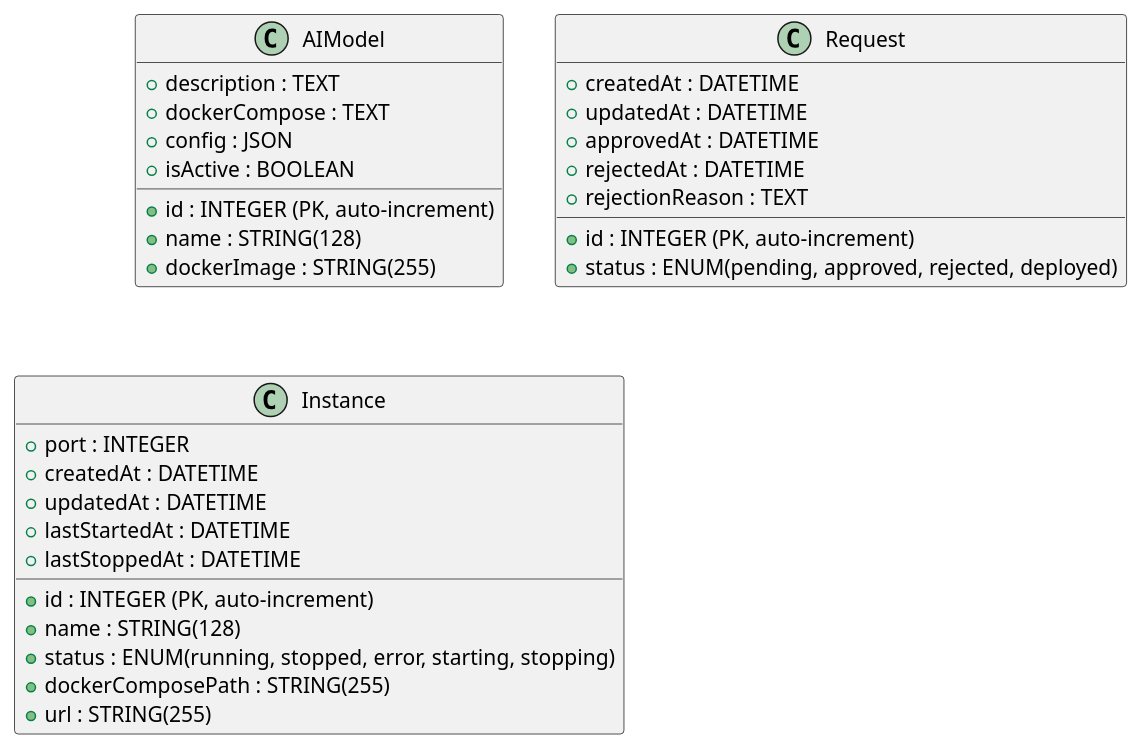
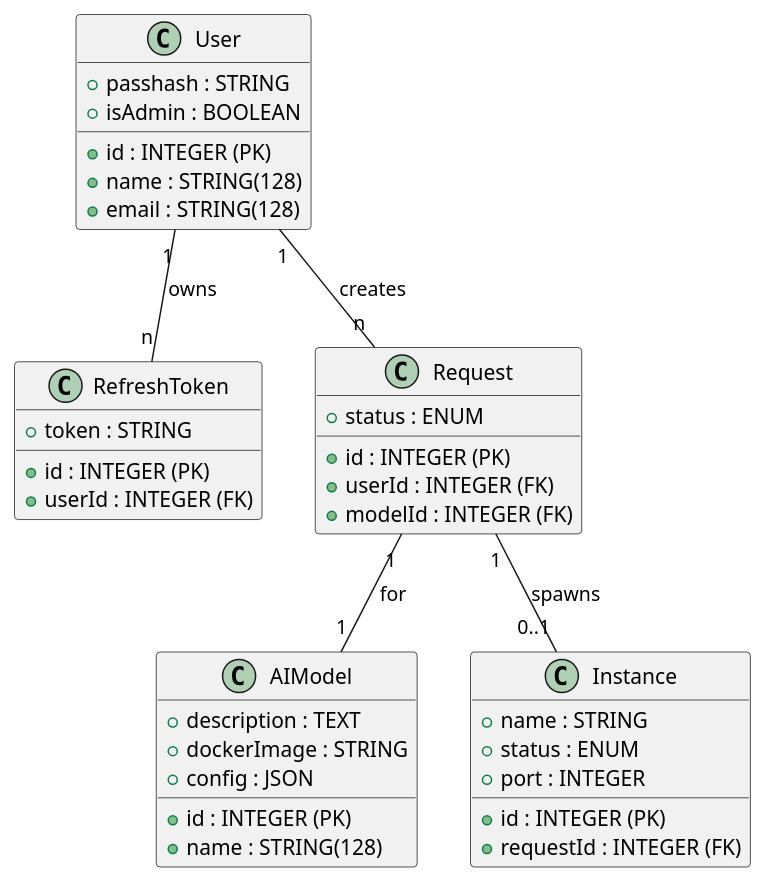
The second of 2 diagrams in README.md (latifie/projet-wmmrsarc), drawn with PlantUML before and after one commit. The commit also changed other lines of this file and 4 other files, not shown here.

````diff
--- a/README.md
+++ b/README.md
@@ -398,34 +448,45 @@
 ```plantuml
+@startuml
+class User {
+  +id : INTEGER (PK)
+  +name : STRING(128)
+  +email : STRING(128)
+  +passhash : STRING
+  +isAdmin : BOOLEAN
+}
+
+class RefreshToken {
+  +id : INTEGER (PK)
+  +token : STRING
+  +userId : INTEGER (FK)
+}
+
 class AIModel {
-  +id : INTEGER (PK, auto-increment)
+  +id : INTEGER (PK)
   +name : STRING(128)
   +description : TEXT
-  +dockerImage : STRING(255)
-  +dockerCompose : TEXT
+  +dockerImage : STRING
   +config : JSON
-  +isActive : BOOLEAN
 }
 
 class Request {
-  +id : INTEGER (PK, auto-increment)
-  +status : ENUM(pending, approved, rejected, deployed)
-  +createdAt : DATETIME
-  +updatedAt : DATETIME
-  +approvedAt : DATETIME
-  +rejectedAt : DATETIME
-  +rejectionReason : TEXT
+  +id : INTEGER (PK)
+  +status : ENUM
+  +userId : INTEGER (FK)
+  +modelId : INTEGER (FK)
 }
 
 class Instance {
-  +id : INTEGER (PK, auto-increment)
-  +name : STRING(128)
-  +status : ENUM(running, stopped, error, starting, stopping)
-  +dockerComposePath : STRING(255)
+  +id : INTEGER (PK)
+  +name : STRING
+  +status : ENUM
   +port : INTEGER
-  +url : STRING(255)
-  +createdAt : DATETIME
-  +updatedAt : DATETIME
-  +lastStartedAt : DATETIME
-  +lastStoppedAt : DATETIME
+  +requestId : INTEGER (FK)
 }
+
+User "1" -- "n" RefreshToken : owns
+User "1" -- "n" Request : creates
+Request "1" -- "1" AIModel : for
+Request "1" -- "0..1" Instance : spawns
+@enduml
 ```
````
